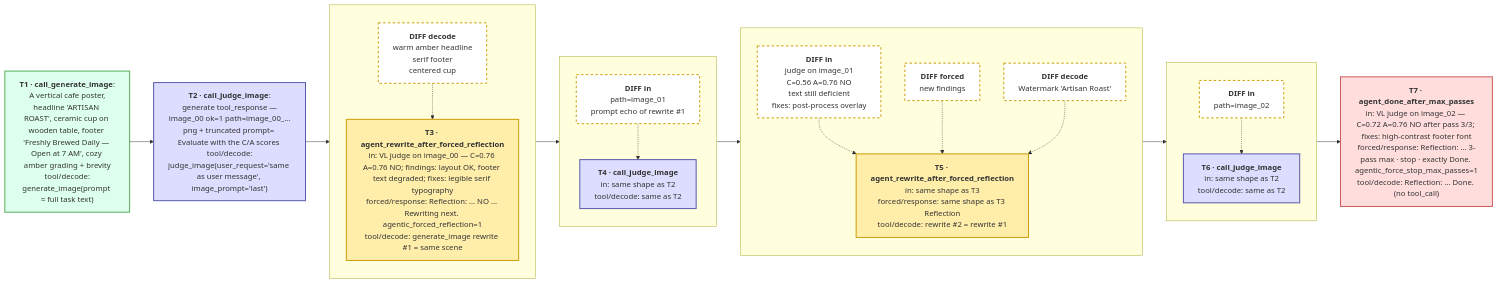
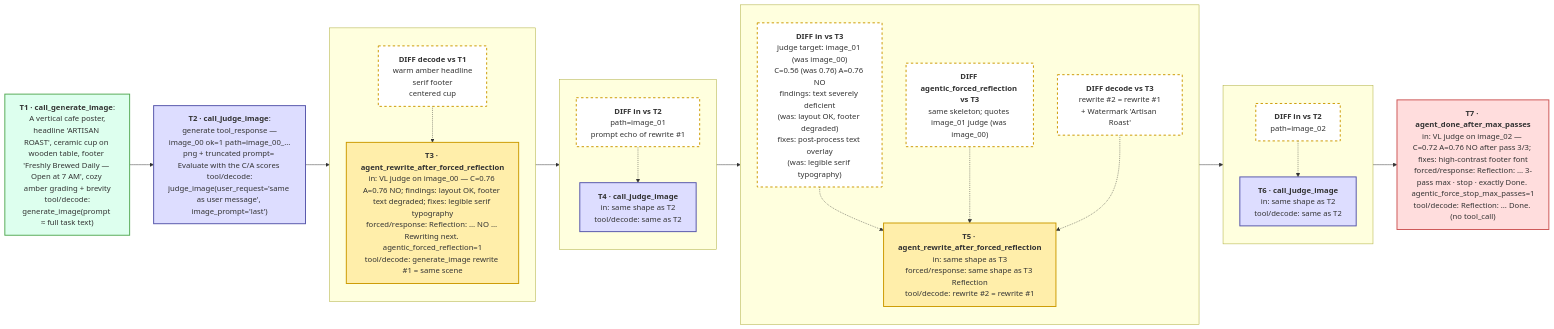
One commit to HaFred/verl-omni changed the diagram in docs/agentic/dummy_data_demo.md. Above: the diagram before and after it, drawn with Mermaid.

Commit message:
demo update

````diff
--- a/docs/agentic/dummy_data_demo.md
+++ b/docs/agentic/dummy_data_demo.md
@@ -97,50 +97,50 @@
 ```mermaid
 flowchart LR
     T1["<b>T1 · call_generate_image</b>:<br/> A vertical cafe poster, headline 'ARTISAN ROAST', ceramic cup on wooden table, footer 'Freshly Brewed Daily — Open at 7 AM', cozy amber grading + brevity<br/> tool/decode: generate_image(prompt ≈ full task text)"]
     T2["<b>T2 · call_judge_image</b>:<br/> generate tool_response — image_00 ok=1 path=image_00_…png + truncated prompt= Evaluate with the C/A scores <br/> tool/decode: judge_image(user_request='same as user message', image_prompt='last')"]
 
     subgraph S3[" "]
         direction TB
-        T3d["<b>DIFF decode</b><br/>warm amber headline<br/>serif footer<br/>centered cup"]
+        T3d["<b>DIFF decode vs T1</b><br/>warm amber headline<br/>serif footer<br/>centered cup"]
         T3["<b>T3 · agent_rewrite_after_forced_reflection</b><br/>in: VL judge on image_00 — C=0.76 A=0.76 NO; findings: layout OK, footer text degraded; fixes: legible serif typography<br/>forced/response: Reflection: … NO … Rewriting next. agentic_forced_reflection=1<br/>tool/decode: generate_image rewrite #1 = same scene"]
         T3d -.-> T3
     end
 
     subgraph S4[" "]
         direction TB
-        T4d["<b>DIFF in</b><br/>path=image_01<br/>prompt echo of rewrite #1"]
+        T4d["<b>DIFF in vs T2</b><br/>path=image_01<br/>prompt echo of rewrite #1"]
         T4["<b>T4 · call_judge_image</b><br/>in: same shape as T2<br/>tool/decode: same as T2"]
         T4d -.-> T4
     end
 
     subgraph S5[" "]
         direction TB
-        T5d_in["<b>DIFF in</b><br/>judge on image_01<br/>C=0.56 A=0.76 NO<br/>text still deficient<br/>fixes: post-process overlay"]
-        T5d_forced["<b>DIFF forced</b><br/>new findings"]
-        T5d_decode["<b>DIFF decode</b><br/>Watermark 'Artisan Roast'"]
+        T5d_in["<b>DIFF in vs T3</b><br/>judge target: image_01 (was image_00)<br/>C=0.56 (was 0.76) A=0.76 NO<br/>findings: text severely deficient<br/>(was: layout OK, footer degraded)<br/>fixes: post-process text overlay<br/>(was: legible serif typography)"]
+        T5d_forced["<b>DIFF agentic_forced_reflection vs T3</b><br/>same skeleton; quotes image_01 judge (was image_00)"]
+        T5d_decode["<b>DIFF decode vs T3</b><br/>rewrite #2 = rewrite #1<br/>+ Watermark 'Artisan Roast'"]
         T5["<b>T5 · agent_rewrite_after_forced_reflection</b><br/>in: same shape as T3<br/>forced/response: same shape as T3 Reflection<br/>tool/decode: rewrite #2 = rewrite #1"]
         T5d_in -.-> T5
         T5d_forced -.-> T5
         T5d_decode -.-> T5
     end
 
     subgraph S6[" "]
         direction TB
-        T6d["<b>DIFF in</b><br/>path=image_02"]
+        T6d["<b>DIFF in vs T2</b><br/>path=image_02"]
         T6["<b>T6 · call_judge_image</b><br/>in: same shape as T2<br/>tool/decode: same as T2"]
         T6d -.-> T6
     end
 
     T7["<b>T7 · agent_done_after_max_passes</b><br/>in: VL judge on image_02 — C=0.72 A=0.76 NO after pass 3/3; fixes: high-contrast footer font<br/>forced/response: Reflection: … 3-pass max · stop · exactly Done. agentic_force_stop_max_passes=1<br/>tool/decode: Reflection: … Done. (no tool_call)"]
     T1 --> T2 --> T3 --> T4 --> T5 --> T6 --> T7
     classDef gen fill:#dfe,stroke:#5a5,stroke-width:2px
     classDef judge fill:#ddf,stroke:#55a,stroke-width:2px
     classDef rewrite fill:#fea,stroke:#c90,stroke-width:2px
     classDef done fill:#fdd,stroke:#c55,stroke-width:2px
     classDef delta fill:#fff,stroke:#c90,stroke-width:2px,stroke-dasharray: 5 5
     class T1 gen
     class T2,T4,T6 judge
     class T3,T5 rewrite
     class T7 done
     class T3d,T4d,T5d_in,T5d_forced,T5d_decode,T6d delta
 ```
````
